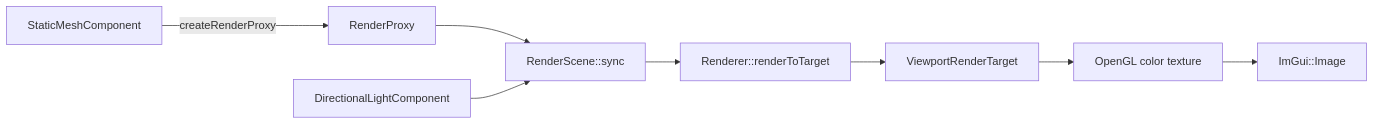
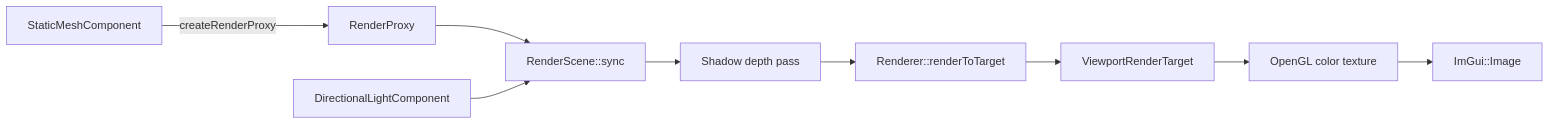
The diagram in docs/modules/rendering.md (gitUserKHS/game_engine), drawn with Mermaid before and after one commit. The commit also changed other lines of this file and 8 other files, not shown here.

````diff
--- a/docs/modules/rendering.md
+++ b/docs/modules/rendering.md
@@ -47,10 +51,11 @@
 ```mermaid
 flowchart LR
     Component["StaticMeshComponent"] -->|createRenderProxy| Proxy["RenderProxy"]
     Proxy --> Scene["RenderScene::sync"]
     Light["DirectionalLightComponent"] --> Scene
-    Scene --> Renderer["Renderer::renderToTarget"]
+    Scene --> Shadow["Shadow depth pass"]
+    Shadow --> Renderer["Renderer::renderToTarget"]
     Renderer --> Target["ViewportRenderTarget"]
     Target --> Texture["OpenGL color texture"]
     Texture --> ImGui["ImGui::Image"]
 ```
````
